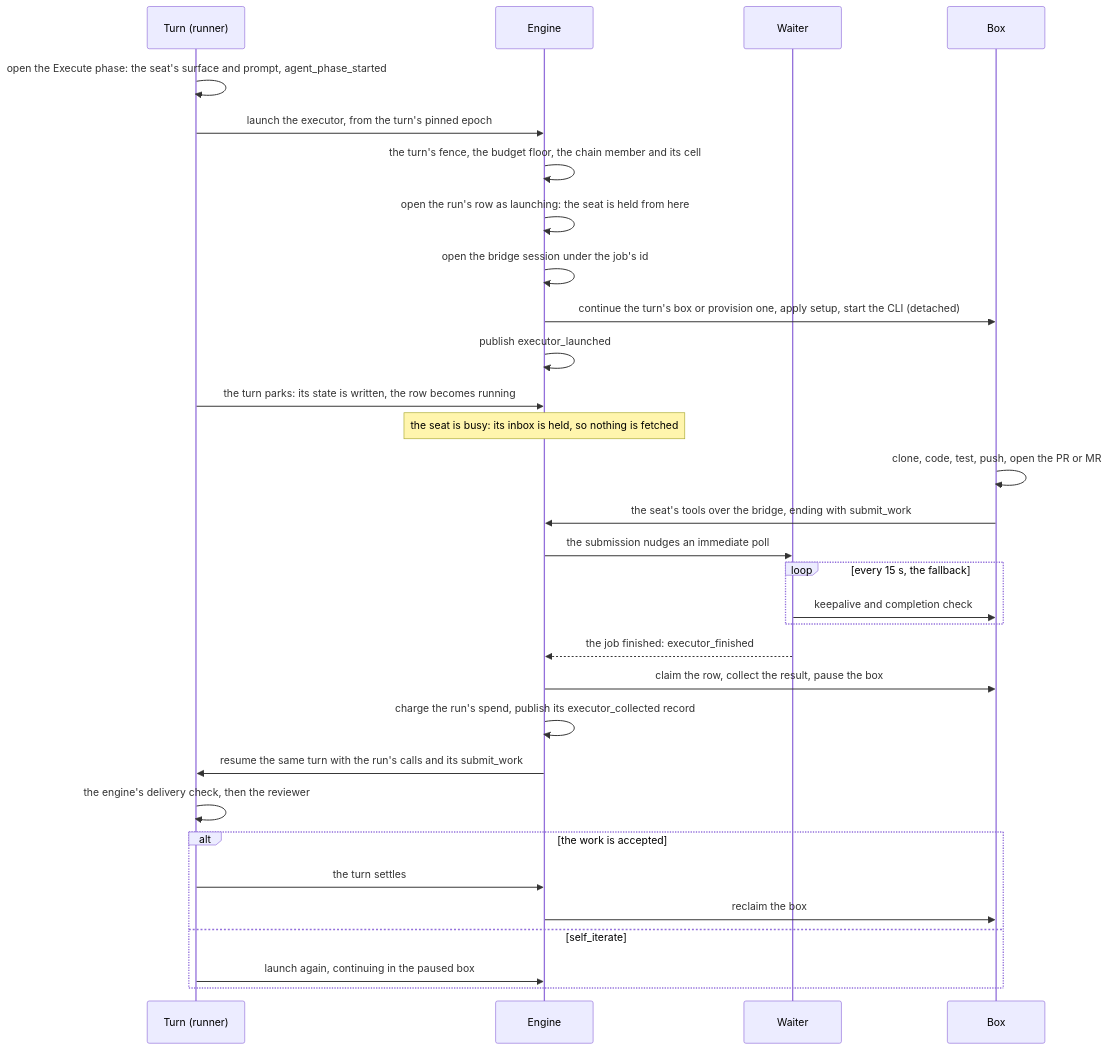
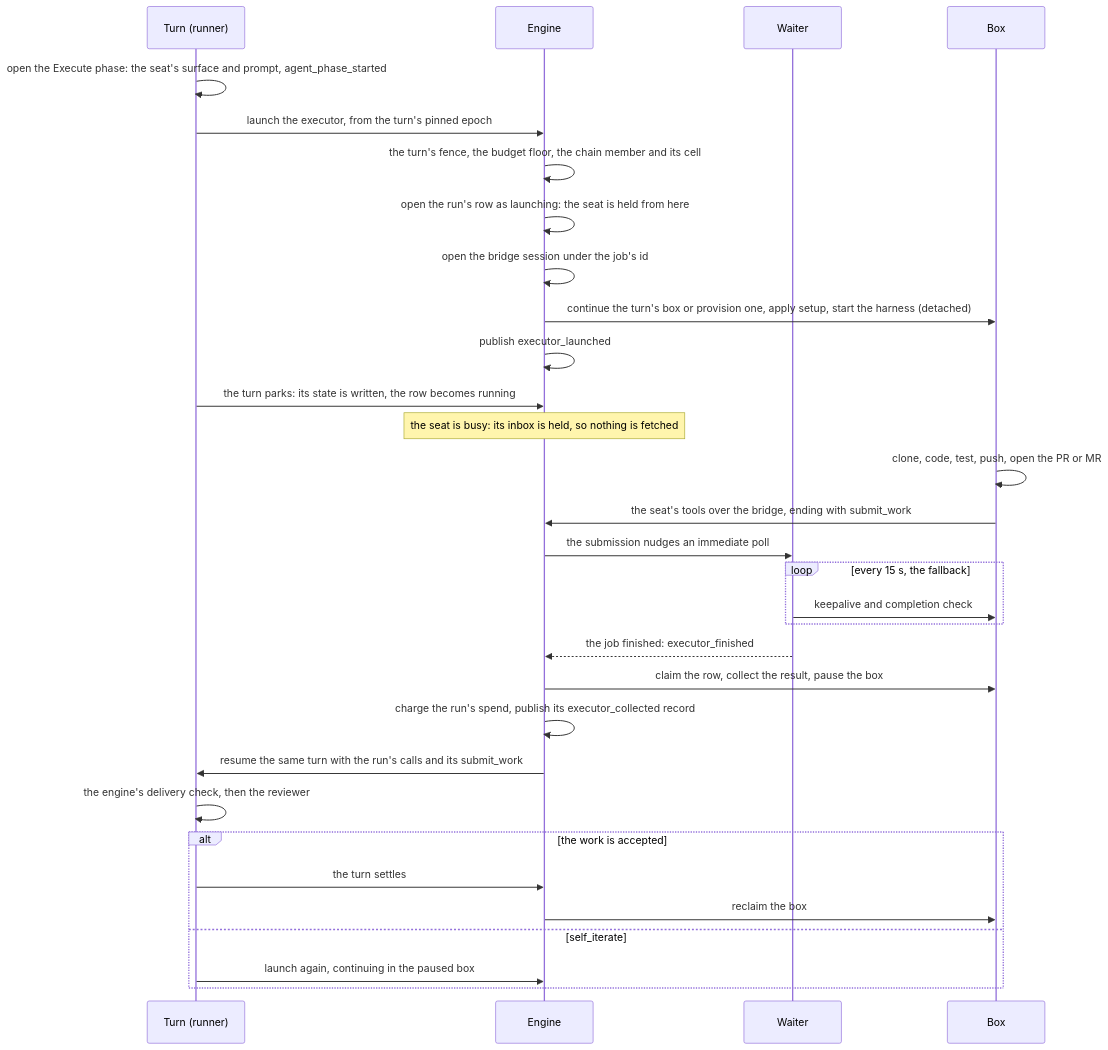
One commit to crewlet/crewlet changed the first of 3 diagrams in docs/concepts/code-sandbox.md. Above: the diagram before and after it, drawn with Mermaid. The commit also changed other lines of this file and 64 other files, not shown here.

First line of the commit message:
docs(docs): say harness where the docs said coding CLI

````diff
--- a/docs/concepts/code-sandbox.md
+++ b/docs/concepts/code-sandbox.md
@@ -23,33 +23,33 @@
 ```mermaid
 sequenceDiagram
     participant T as Turn (runner)
     participant E as Engine
     participant W as Waiter
     participant B as Box
     T->>T: open the Execute phase: the seat's surface and prompt, agent_phase_started
     T->>E: launch the executor, from the turn's pinned epoch
     E->>E: the turn's fence, the budget floor, the chain member and its cell
     E->>E: open the run's row as launching: the seat is held from here
     E->>E: open the bridge session under the job's id
-    E->>B: continue the turn's box or provision one, apply setup, start the CLI (detached)
+    E->>B: continue the turn's box or provision one, apply setup, start the harness (detached)
     E->>E: publish executor_launched
     T->>E: the turn parks: its state is written, the row becomes running
     Note over E: the seat is busy: its inbox is held, so nothing is fetched
     B->>B: clone, code, test, push, open the PR or MR
     B->>E: the seat's tools over the bridge, ending with submit_work
     E->>W: the submission nudges an immediate poll
     loop every 15 s, the fallback
         W->>B: keepalive and completion check
     end
     W-->>E: the job finished: executor_finished
     E->>B: claim the row, collect the result, pause the box
     E->>E: charge the run's spend, publish its executor_collected record
     E->>T: resume the same turn with the run's calls and its submit_work
     T->>T: the engine's delivery check, then the reviewer
     alt the work is accepted
         T->>E: the turn settles
         E->>B: reclaim the box
     else self_iterate
         T->>E: launch again, continuing in the paused box
     end
 ```
````
